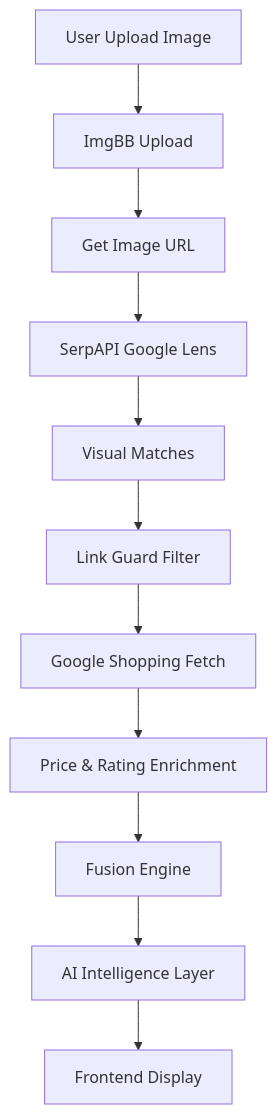
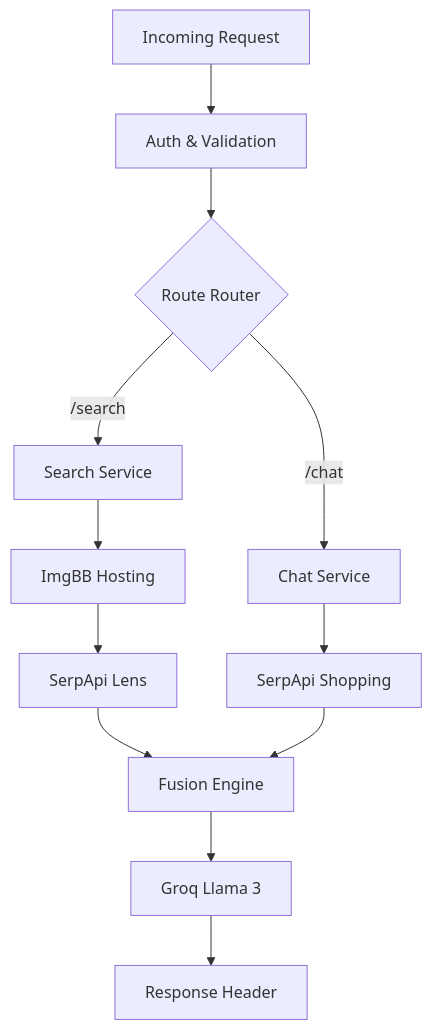
The second of 4 diagrams in ARCHITECTURE.md (shahrozebaig/ShopSight-AI), drawn with Mermaid before and after one commit. The commit also changed other lines of this file and 8 other files, not shown here.

````diff
--- a/ARCHITECTURE.md
+++ b/ARCHITECTURE.md
@@ -117,14 +24,18 @@
 ```mermaid
-flowchart TD
-
-A[User Upload Image] --> B[ImgBB Upload]
-B --> C[Get Image URL]
-C --> D[SerpAPI Google Lens]
-D --> E[Visual Matches]
-E --> F[Link Guard Filter]
-F --> G[Google Shopping Fetch]
-G --> H[Price & Rating Enrichment]
-H --> I[Fusion Engine]
-I --> J[AI Intelligence Layer]
-J --> K[Frontend Display]
+graph TD
+    REQ[Incoming Request] --> VAL[Auth & Validation]
+    VAL --> ROUTE{Route Router}
+    
+    ROUTE -->|/search| SCH[Search Service]
+    ROUTE -->|/chat| CHT[Chat Service]
+    
+    SCH --> IBB[ImgBB Hosting]
+    IBB --> SLNS[SerpApi Lens]
+    SLNS --> FUS[Fusion Engine]
+    
+    CHT --> SHOP[SerpApi Shopping]
+    SHOP --> FUS
+    
+    FUS --> AI[Groq Llama 3]
+    AI --> RESP[Response Header]
 ```
````
